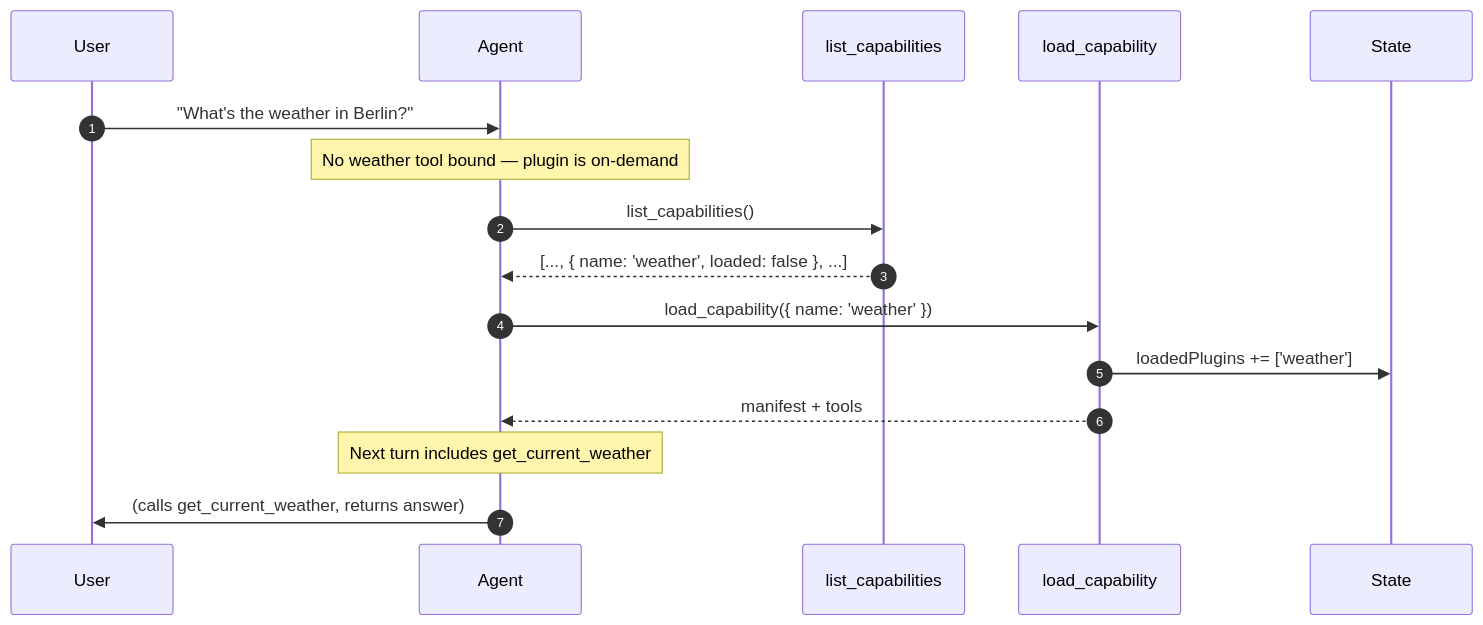
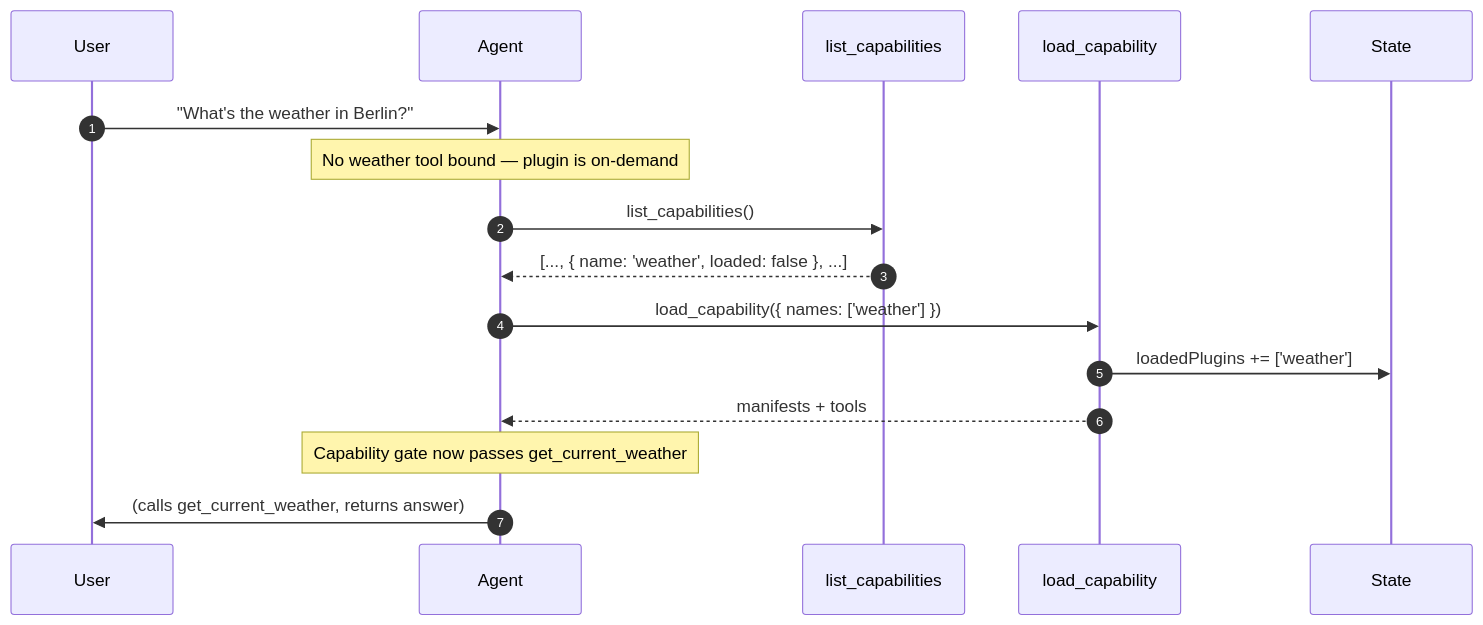
Before and after one commit to ixoworld/docs: the diagram in build-an-oracle/understand/meta-tools-and-loading.mdx, drawn with Mermaid. The commit also changed other lines of this file and 49 other files, not shown here.

````diff
--- a/build-an-oracle/understand/meta-tools-and-loading.mdx
+++ b/build-an-oracle/understand/meta-tools-and-loading.mdx
@@ -24,19 +26,19 @@
 ```mermaid
 sequenceDiagram
     autonumber
     participant User
     participant Agent
     participant ListCaps as list_capabilities
     participant LoadCap as load_capability
     participant State
 
     User->>Agent: "What's the weather in Berlin?"
     Note over Agent: No weather tool bound — plugin is on-demand
     Agent->>ListCaps: list_capabilities()
     ListCaps-->>Agent: [..., { name: 'weather', loaded: false }, ...]
-    Agent->>LoadCap: load_capability({ name: 'weather' })
+    Agent->>LoadCap: load_capability({ names: ['weather'] })
     LoadCap->>State: loadedPlugins += ['weather']
-    LoadCap-->>Agent: manifest + tools
-    Note over Agent: Next turn includes get_current_weather
+    LoadCap-->>Agent: manifests + tools
+    Note over Agent: Capability gate now passes get_current_weather
     Agent->>User: (calls get_current_weather, returns answer)
 ```
````
